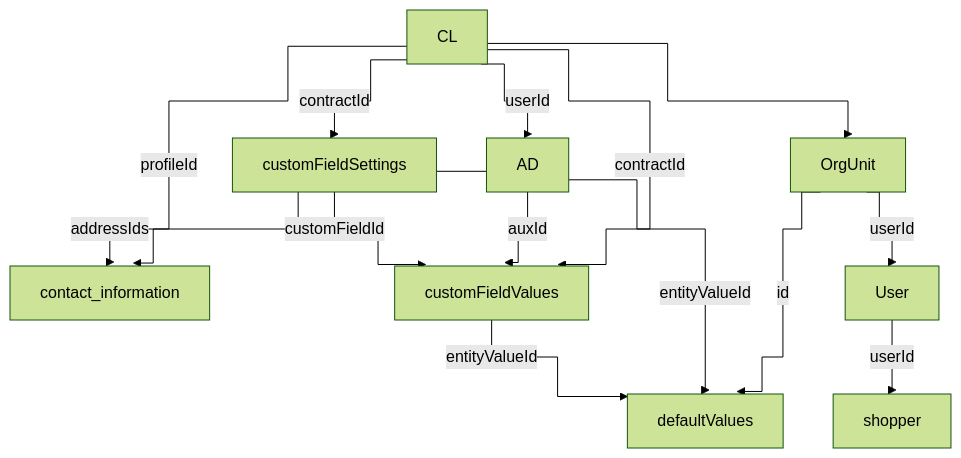
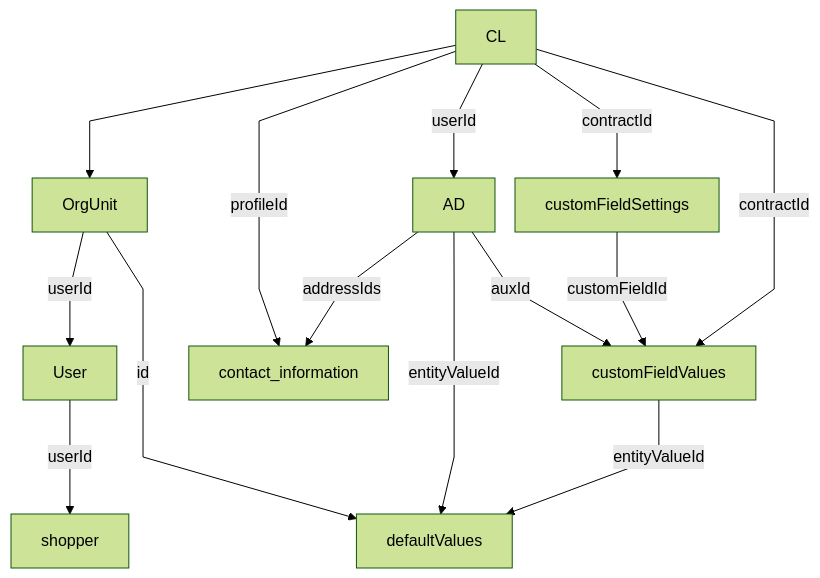
Before and after one commit to vtexdocs/dev-portal-content: the diagram in docs/guides/b2b/b2b-buyer-portal/b2b-buyer-portal-master-data-architecture.md, drawn with Mermaid (forest theme).

Commit message:
docs: fix mermaid diagram layout in B2B Buyer Portal master data architecture

````diff
--- a/docs/guides/b2b/b2b-buyer-portal/b2b-buyer-portal-master-data-architecture.md
+++ b/docs/guides/b2b/b2b-buyer-portal/b2b-buyer-portal-master-data-architecture.md
@@ -41,24 +41,17 @@
 ```mermaid
-%%{init: {"flowchart": {"curve": "step", "useMaxWidth": true}}}%%
+%%{init: {"flowchart": {"curve": "linear", "rankSpacing": 90, "nodeSpacing": 20}}}%%
 flowchart TB
-    %% Contract references: the foreign key lives on each child record
+    CL --> OrgUnit
+    OrgUnit -->|"userId"| User
+    User -->|"userId"| shopper
+    OrgUnit -->|"id"| defaultValues
+    CL -->|"profileId"| contact_information
     CL -->|"userId"| AD
-    CL -->|"profileId"| contact_information
+    AD -->|"addressIds"| contact_information
+    AD -->|"entityValueId"| defaultValues
+    AD -->|"auxId"| customFieldValues
     CL -->|"contractId"| customFieldSettings
     CL -->|"contractId"| customFieldValues
-    CL --> OrgUnit
-
-    %% Addresses, recipients, and locations
-    AD -->|"addressIds"| contact_information
-    AD -->|"auxId"| customFieldValues
     customFieldSettings -->|"customFieldId"| customFieldValues
-
-    %% Organizational units and storefront users
-    OrgUnit -->|"userId"| User
-    User -->|"userId"| shopper
-
-    %% Checkout defaults reference an org unit and target records
-    OrgUnit -->|"id"| defaultValues
-    AD -->|"entityValueId"| defaultValues
     customFieldValues -->|"entityValueId"| defaultValues
 ```
````
